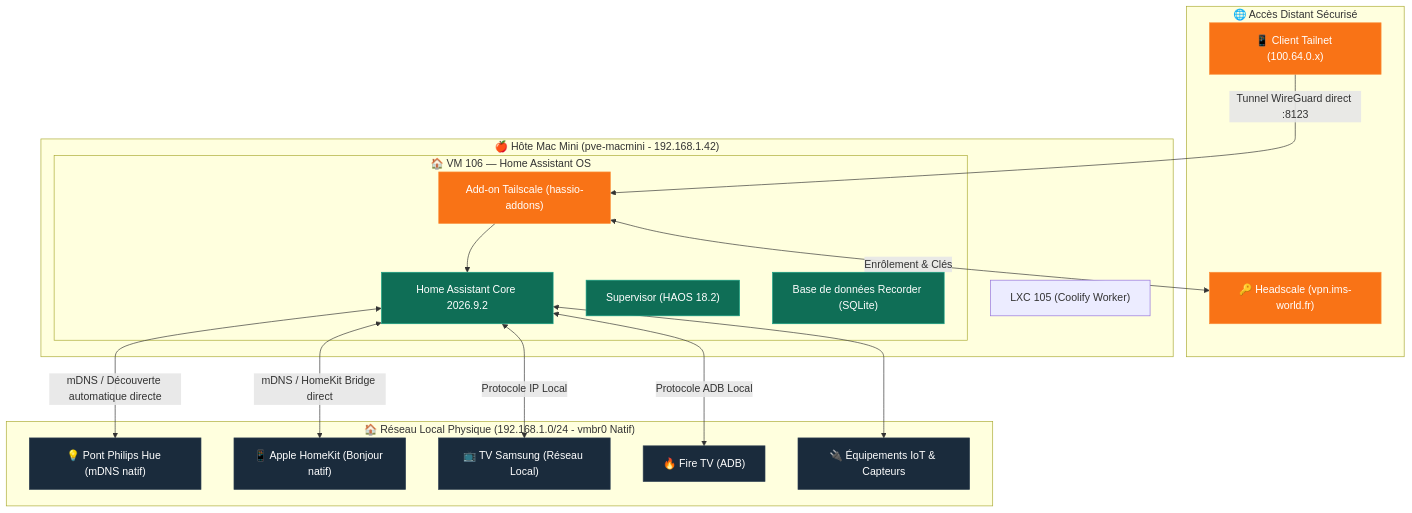
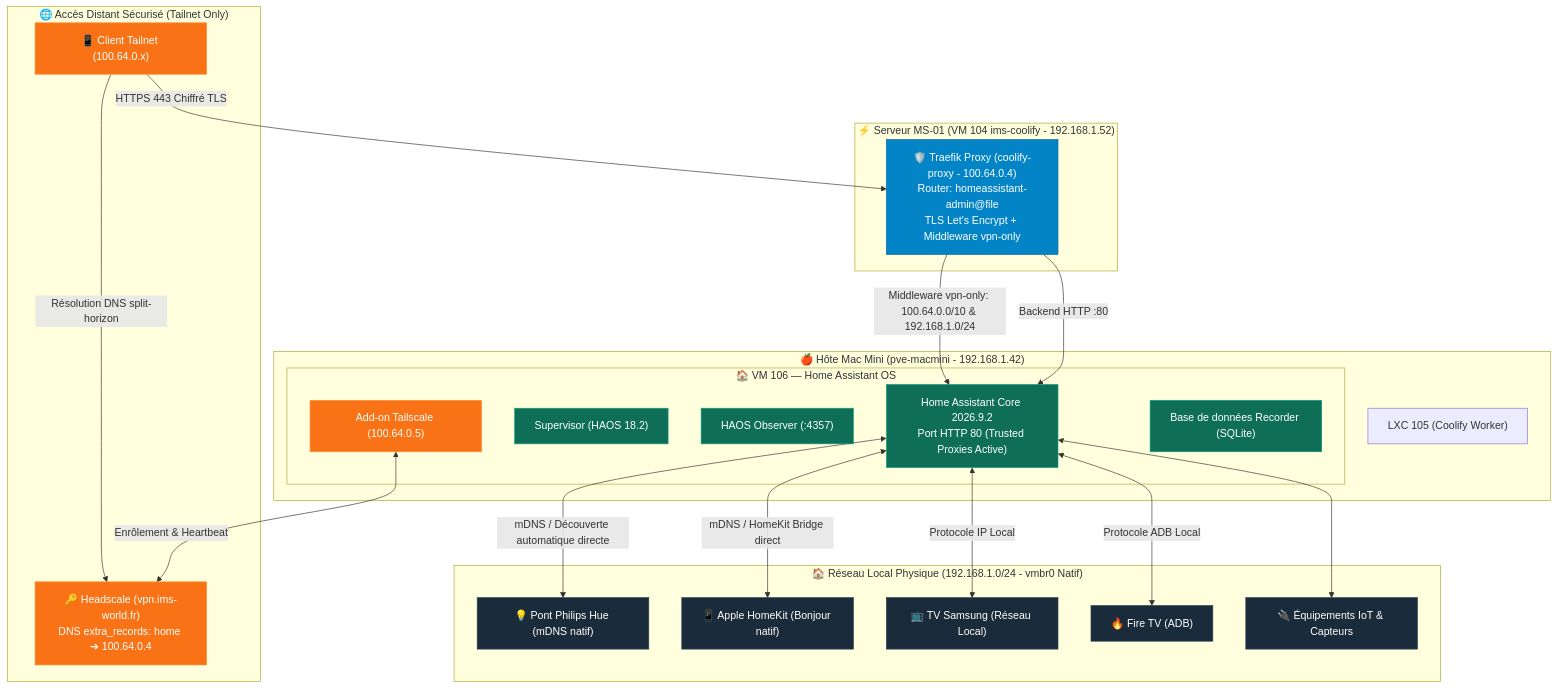
One commit to ims-world/docs changed the diagram in services/home-assistant.md. Above: the diagram before and after it, drawn with Mermaid. The commit also changed other lines of this file and 3 other files, not shown here.

Commit message:
docs(haos): documenter acces HTTPS Traefik vpn-only et configuration UI reseau HAOS 2026

````diff
--- a/services/home-assistant.md
+++ b/services/home-assistant.md
@@ -71,42 +72,52 @@
 ```mermaid
 graph TB
-    subgraph WAN_REMOTE ["🌐 Accès Distant Sécurisé"]
+    subgraph WAN_REMOTE ["🌐 Accès Distant Sécurisé (Tailnet Only)"]
         CLIENT_TS["📱 Client Tailnet (100.64.0.x)"]
-        HEADSCALE["🔑 Headscale (vpn.ims-world.fr)"]
+        HEADSCALE["🔑 Headscale (vpn.ims-world.fr)<br/>DNS extra_records: home ➔ 100.64.0.4"]
+    end
+
+    subgraph MS01 ["⚡ Serveur MS-01 (VM 104 ims-coolify - 192.168.1.52)"]
+        TRAEFIK["🛡️ Traefik Proxy (coolify-proxy - 100.64.0.4)<br/>Router: homeassistant-admin@file<br/>TLS Let's Encrypt + Middleware vpn-only"]
     end
 
     subgraph MAC_MINI ["🍎 Hôte Mac Mini (pve-macmini - 192.168.1.42)"]
         subgraph VM_HAOS ["🏠 VM 106 — Home Assistant OS"]
-            HA_CORE["Home Assistant Core 2026.9.2"]
+            HA_CORE["Home Assistant Core 2026.9.2<br/>Port HTTP 80 (Trusted Proxies Active)"]
             HA_SUP["Supervisor (HAOS 18.2)"]
-            ADDON_TS["Add-on Tailscale (hassio-addons)"]
+            HA_OBS["HAOS Observer (:4357)"]
+            ADDON_TS["Add-on Tailscale (100.64.0.5)"]
             DB_SQLITE["Base de données Recorder (SQLite)"]
         end
         WORKER_105["LXC 105 (Coolify Worker)"]
     end
 
     subgraph HOME_LAN ["🏠 Réseau Local Physique (192.168.1.0/24 - vmbr0 Natif)"]
         HUE_BRIDGE["💡 Pont Philips Hue (mDNS natif)"]
         APPLE_HOME["📱 Apple HomeKit (Bonjour natif)"]
         TV_SAMSUNG["📺 TV Samsung (Réseau Local)"]
         FIRE_TV["🔥 Fire TV (ADB)"]
         IOT_DEVICES["🔌 Équipements IoT & Capteurs"]
     end
 
-    CLIENT_TS -->|Tunnel WireGuard direct :8123| ADDON_TS
-    ADDON_TS <-->|Enrôlement & Clés| HEADSCALE
-    ADDON_TS --> HA_CORE
+    CLIENT_TS -->|Résolution DNS split-horizon| HEADSCALE
+    CLIENT_TS -->|HTTPS 443 Chiffré TLS| TRAEFIK
+    TRAEFIK -->|Middleware vpn-only: 100.64.0.0/10 & 192.168.1.0/24| HA_CORE
+    TRAEFIK -->|Backend HTTP :80| HA_CORE
+
+    ADDON_TS <-->|Enrôlement & Heartbeat| HEADSCALE
 
     HA_CORE <-->|mDNS / Découverte automatique directe| HUE_BRIDGE
     HA_CORE <-->|mDNS / HomeKit Bridge direct| APPLE_HOME
     HA_CORE <-->|Protocole IP Local| TV_SAMSUNG
     HA_CORE <-->|Protocole ADB Local| FIRE_TV
     HA_CORE <--> IOT_DEVICES
 
     classDef ts fill:#F97316,stroke:#FB923C,color:#fff;
+    classDef traefik fill:#0284C7,stroke:#0369A1,color:#fff;
     classDef ha fill:#0F6E56,stroke:#16A085,color:#fff;
     classDef lan fill:#1a2b3c,stroke:#2c3e50,color:#fff;
     class CLIENT_TS,HEADSCALE,ADDON_TS ts;
-    class HA_CORE,HA_SUP,DB_SQLITE ha;
+    class TRAEFIK traefik;
+    class HA_CORE,HA_SUP,HA_OBS,DB_SQLITE ha;
     class HUE_BRIDGE,APPLE_HOME,TV_SAMSUNG,FIRE_TV,IOT_DEVICES lan;
 ```
````
